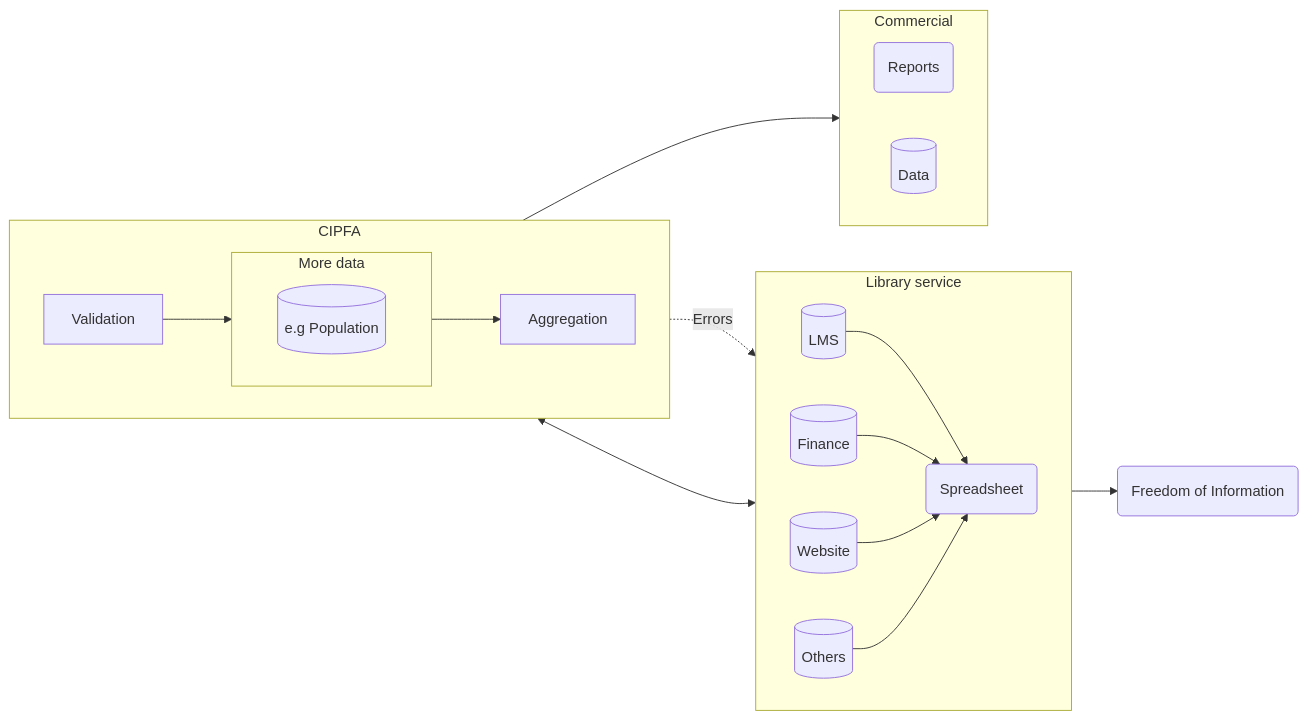
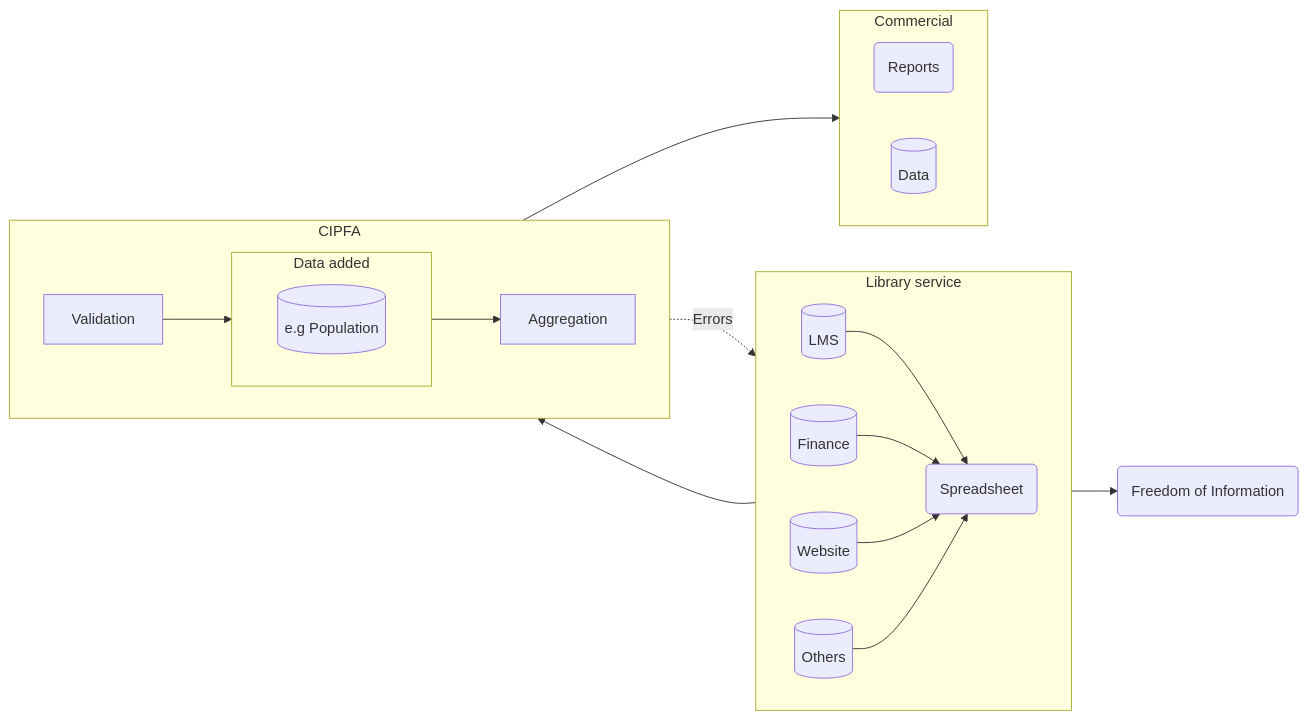
One commit to LibrariesHacked/librarieshacked.github.io changed the diagram in _posts/2021-10-25-freedom-of-information.md. Above: the diagram before and after it, drawn with Mermaid. The commit also changed other lines of this file, not shown here.

```diff
--- a/_posts/2021-10-25-freedom-of-information.md
+++ b/_posts/2021-10-25-freedom-of-information.md
@@ -24,36 +25,36 @@
 <div class="mermaid">
     flowchart LR
         foi(Freedom of Information)
         subgraph Library service
             direction LR
             lblms[(LMS)]
             lbf[(Finance)]
             lbw[(Website)]
             lbo[(Others)]
             lb1(Spreadsheet)
         end
         subgraph CIPFA
             direction LR
             id2[Validation]
-            subgraph id3 [More data]
+            subgraph id3 [Data added]
                 direction LR
                 ad1[(e.g Population)]
             end
             id4[Aggregation]
         end
         subgraph cs [Commercial]
             direction LR
             srp(Reports)
             data[(Data)]
         end
         lblms --> lb1
         lbf --> lb1
         lbw --> lb1
         lbo --> lb1
-        lb1 <--> id2
+        lb1 --> id2
         id2 -. Errors .-> lb1
         id2 --> id3
         id3 --> id4
         id4 --> cs
         lb1 --> foi
 </div>
```
